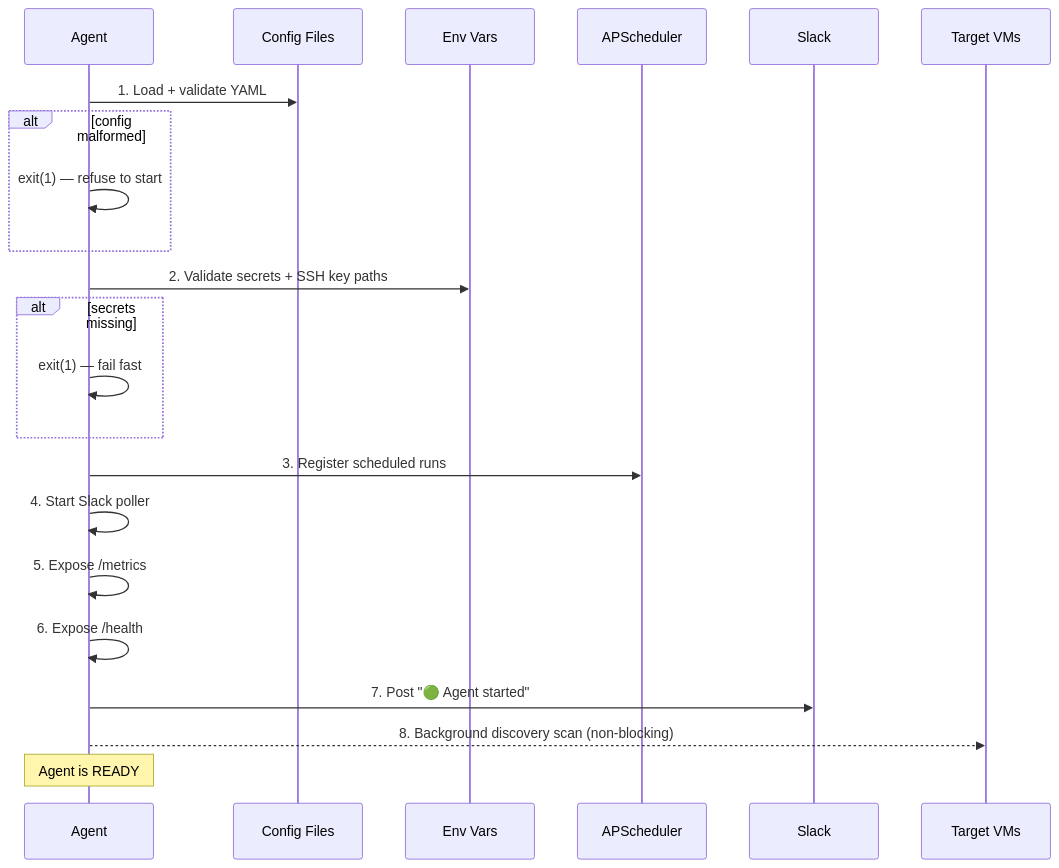
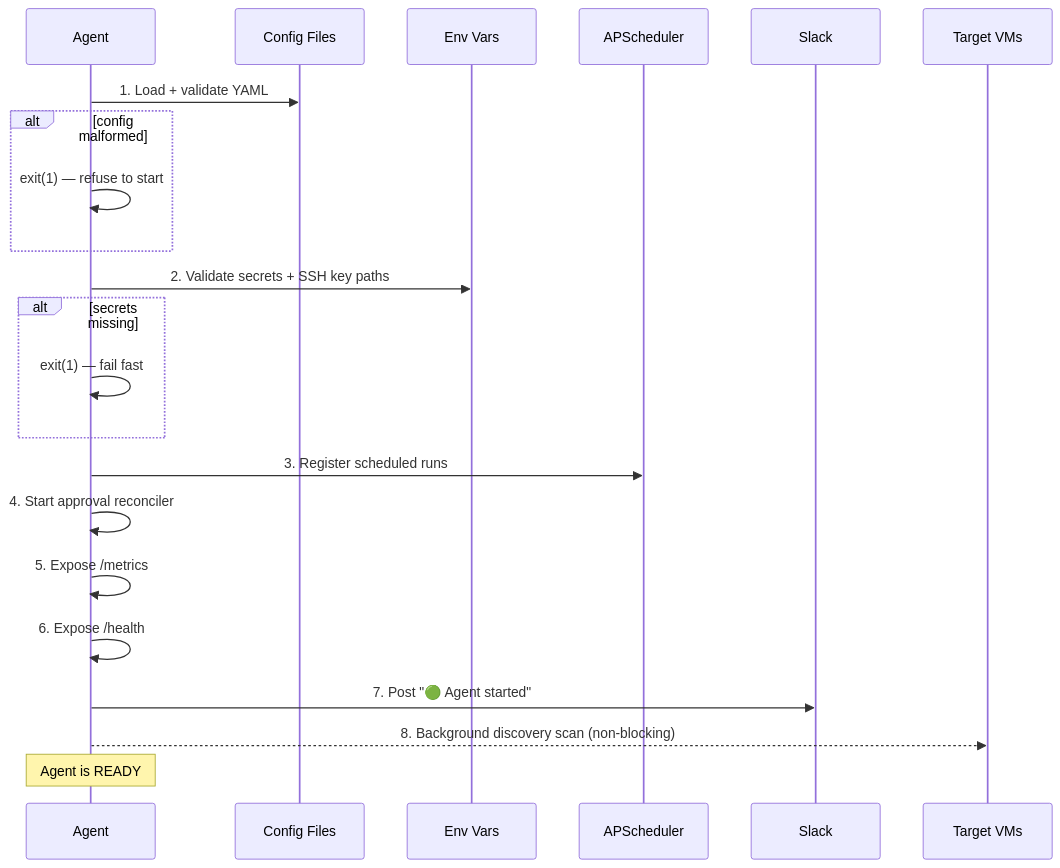
The tenth of 12 diagrams in docs/SPEC.md (psc0des/Errander-AI), drawn with Mermaid before and after one commit. The commit also changed other lines of this file and 8 other files, not shown here.

````diff
--- a/docs/SPEC.md
+++ b/docs/SPEC.md
@@ -1475,25 +1520,25 @@
 ```mermaid
 sequenceDiagram
     participant Agent
     participant Config as Config Files
     participant Env as Env Vars
     participant Sched as APScheduler
     participant Slack
     participant VMs as Target VMs
 
     Agent->>Config: 1. Load + validate YAML
     alt config malformed
         Agent->>Agent: exit(1) — refuse to start
     end
     Agent->>Env: 2. Validate secrets + SSH key paths
     alt secrets missing
         Agent->>Agent: exit(1) — fail fast
     end
     Agent->>Sched: 3. Register scheduled runs
-    Agent->>Agent: 4. Start Slack poller
+    Agent->>Agent: 4. Start approval reconciler
     Agent->>Agent: 5. Expose /metrics
     Agent->>Agent: 6. Expose /health
     Agent->>Slack: 7. Post "🟢 Agent started"
     Agent-->>VMs: 8. Background discovery scan (non-blocking)
     Note over Agent: Agent is READY
 ```
````
